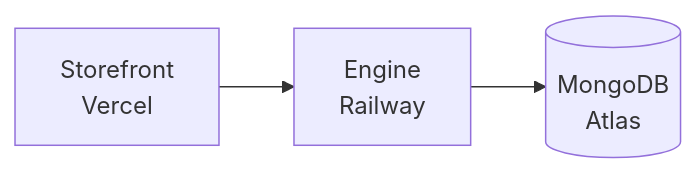
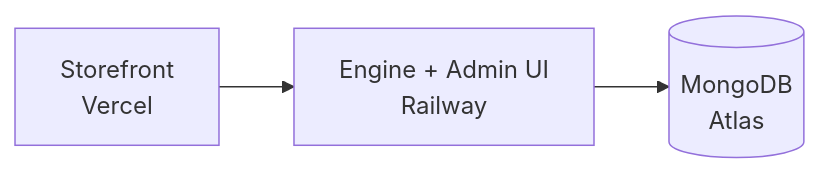
One commit to unchainedshop/unchained changed the first of 2 diagrams in docs/docs/deployment/index.md. Above: the diagram before and after it, drawn with Mermaid. The commit also changed other lines of this file and 165 other files, not shown here.

````diff
--- a/docs/docs/deployment/index.md
+++ b/docs/docs/deployment/index.md
@@ -81,4 +63,4 @@
 ```mermaid
 flowchart LR
-    S[Storefront<br/>Vercel] --> E[Engine<br/>Railway] --> D[(MongoDB<br/>Atlas)]
+    S[Storefront<br/>Vercel] --> E[Engine + Admin UI<br/>Railway] --> D[(MongoDB<br/>Atlas)]
 ```
````
